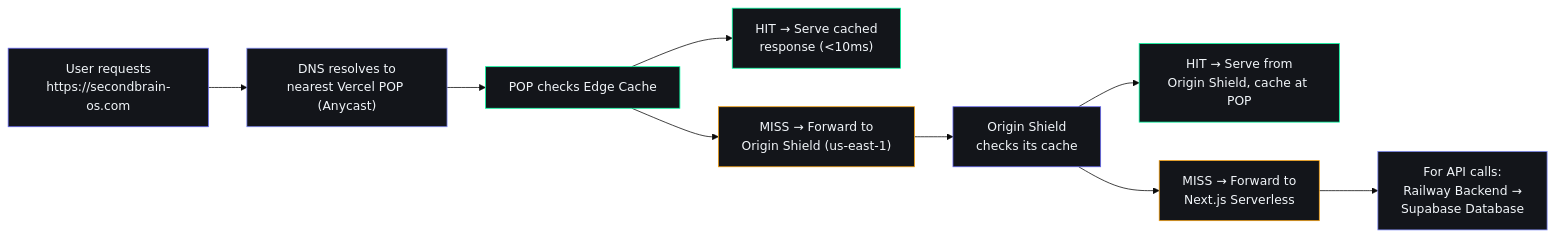
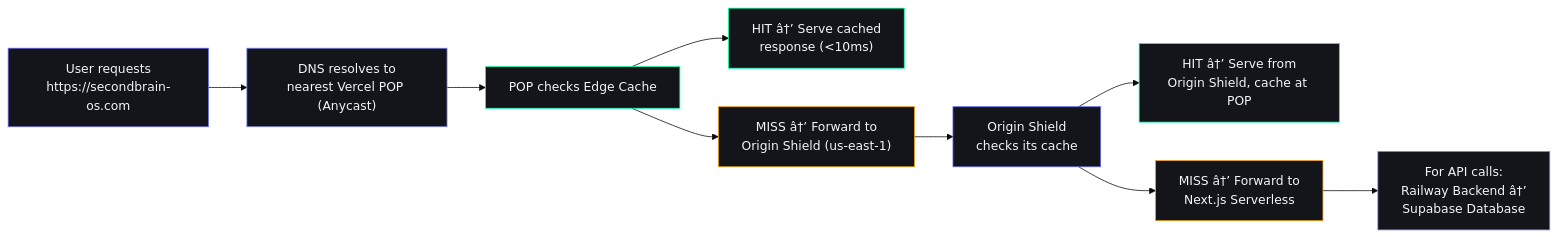
The second of 4 diagrams in docs/devops/CDNStrategy.md (rohitkumarnaidu/ARIA-OS---SecondBrain-), drawn with Mermaid (base theme) before and after one commit. The commit also changed other lines of this file and 9 other files, not shown here.

````diff
--- a/docs/devops/CDNStrategy.md
+++ b/docs/devops/CDNStrategy.md
@@ -66,31 +66,31 @@
 ```mermaid
 flowchart LR
     User["User requests<br/>https://secondbrain-os.com"]
     DNS["DNS resolves to<br/>nearest Vercel POP (Anycast)"]
     POP["POP checks Edge Cache"]
-    Hit["HIT → Serve cached<br/>response (<10ms)"]
-    Miss["MISS → Forward to<br/>Origin Shield (us-east-1)"]
+    Hit["HIT â†’ Serve cached<br/>response (<10ms)"]
+    Miss["MISS â†’ Forward to<br/>Origin Shield (us-east-1)"]
     Shield["Origin Shield<br/>checks its cache"]
-    ShieldHit["HIT → Serve from<br/>Origin Shield, cache at POP"]
-    ShieldMiss["MISS → Forward to<br/>Next.js Serverless"]
-    API["For API calls:<br/>Railway Backend →<br/>Supabase Database"]
+    ShieldHit["HIT â†’ Serve from<br/>Origin Shield, cache at POP"]
+    ShieldMiss["MISS â†’ Forward to<br/>Next.js Serverless"]
+    API["For API calls:<br/>Railway Backend â†’<br/>Supabase Database"]
 
     User --> DNS
     DNS --> POP
     POP --> Hit
     POP --> Miss
     Miss --> Shield
     Shield --> ShieldHit
     Shield --> ShieldMiss
     ShieldMiss --> API
 
     style User fill:#13151A,stroke:#6366F1,color:#F1F5F9
     style DNS fill:#13151A,stroke:#818CF8,color:#F1F5F9
     style POP fill:#13151A,stroke:#00FFA3,color:#F1F5F9
     style Hit fill:#13151A,stroke:#00FFA3,color:#F1F5F9
     style Miss fill:#13151A,stroke:#F59E0B,color:#F1F5F9
     style Shield fill:#13151A,stroke:#6366F1,color:#F1F5F9
     style ShieldHit fill:#13151A,stroke:#00FFA3,color:#F1F5F9
     style ShieldMiss fill:#13151A,stroke:#F59E0B,color:#F1F5F9
     style API fill:#13151A,stroke:#818CF8,color:#F1F5F9
 ```
````
